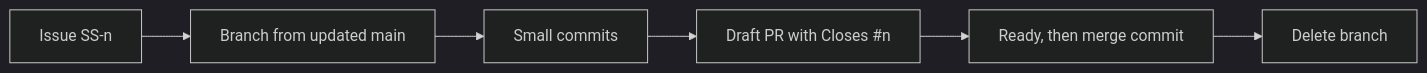
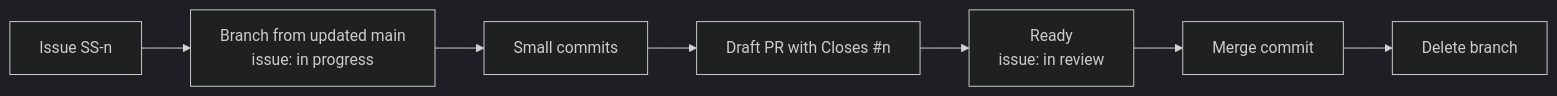
The diagram in .claude/skills/delivery-workflow/SKILL.md (NotThaDev/SiteSense), drawn with Mermaid (dark theme) before and after one commit. The commit also changed other lines of this file, not shown here.

First line of the commit message:
docs(skills): keep issue status labels in sync (delivery-workflow)

````diff
--- a/.claude/skills/delivery-workflow/SKILL.md
+++ b/.claude/skills/delivery-workflow/SKILL.md
@@ -26,8 +26,9 @@
 ```mermaid
 flowchart LR
-  A["Issue SS-n"] --> B["Branch from updated main"]
+  A["Issue SS-n"] --> B["Branch from updated main<br/>issue: in progress"]
   B --> C["Small commits"]
   C --> D["Draft PR with Closes #n"]
-  D --> F["Ready, then merge commit"]
+  D --> E["Ready<br/>issue: in review"]
+  E --> F["Merge commit"]
   F --> G["Delete branch"]
 ```
````
